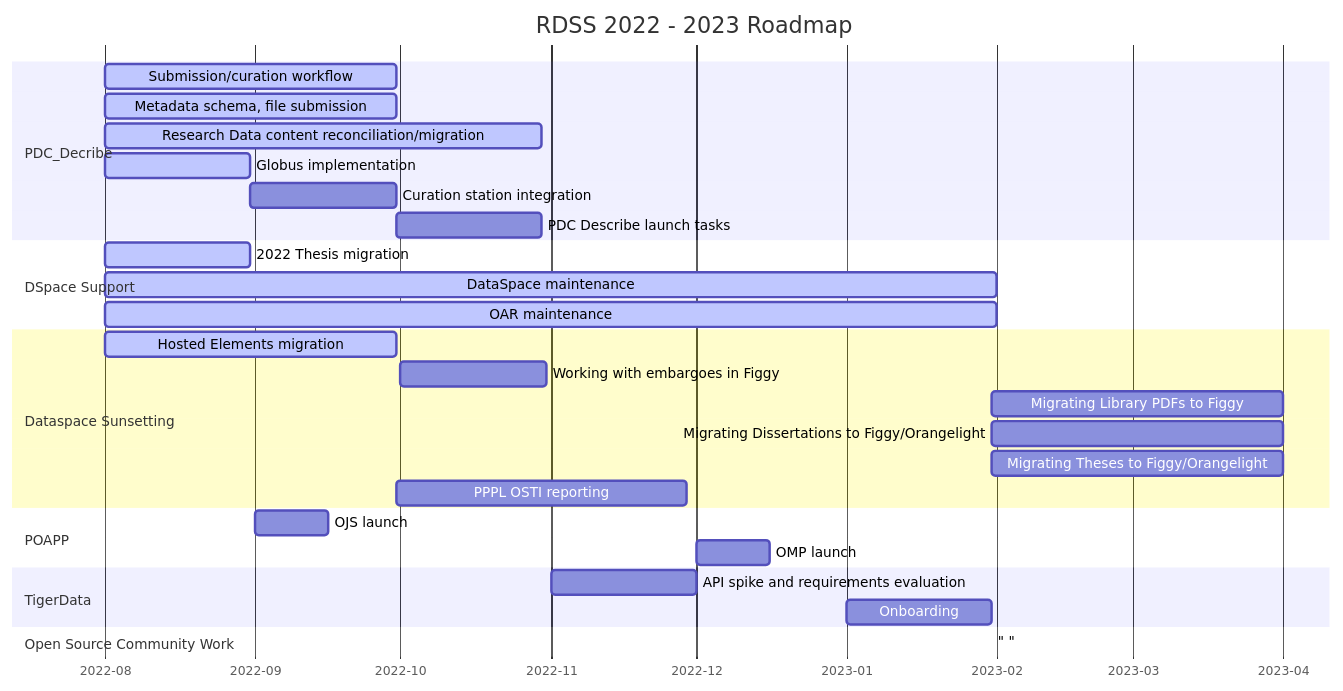
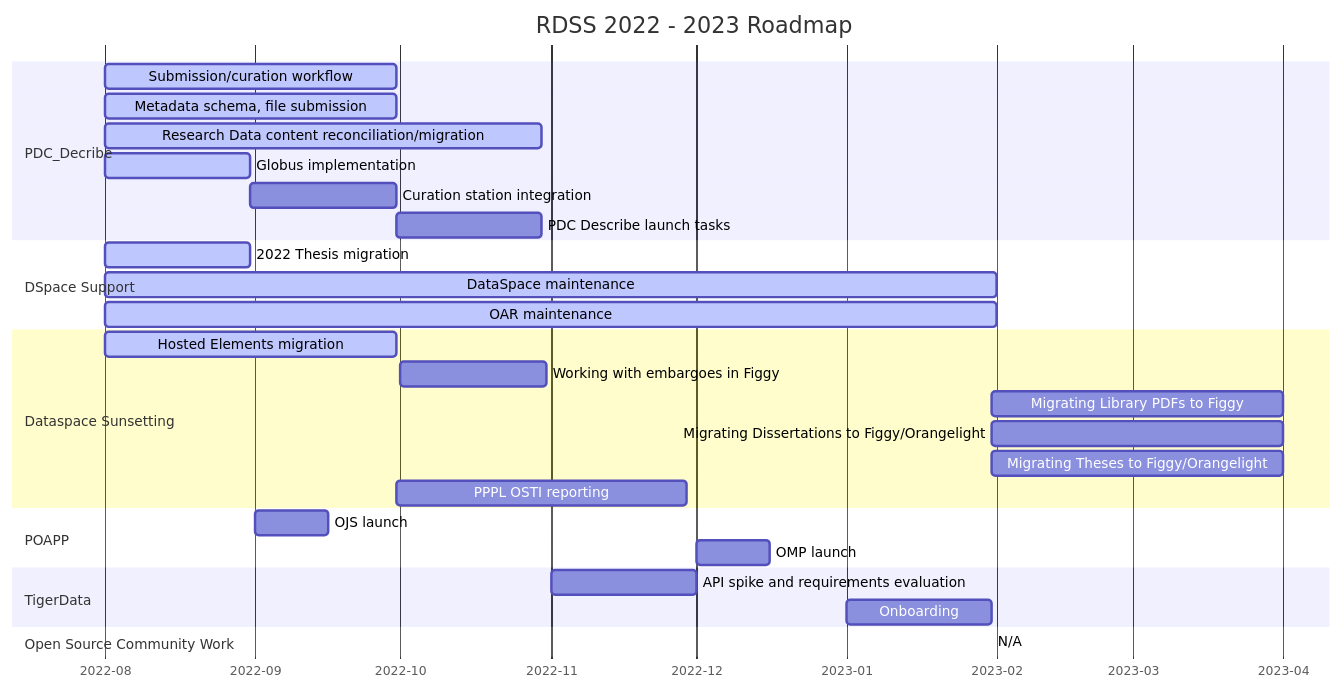
One commit to pulibrary/rdss-handbook changed the first of 4 diagrams in roadmap.md. Above: the diagram before and after it, drawn with Mermaid.

Commit message:
Update roadmap.md
Fixed roadmap formatting

````diff
--- a/roadmap.md
+++ b/roadmap.md
@@ -5,32 +5,32 @@
 ```mermaid
 gantt
     title RDSS 2022 - 2023 Roadmap
     axisFormat  %Y-%m
     dateformat YYYY-MM
     section PDC_Decribe
-    Submission/curation workflow           :active, pd1, 2022-08, 60d
+    Submission/curation workflow :active, pd1, 2022-08, 60d
     Metadata schema, file submission :active, pd2, 2022-08, 60d
     Research Data content reconciliation/migration :active, pd3, 2022-08, 90d
-    Globus implementation     :active, pd4, 2022-08, 30d
+    Globus implementation :active, pd4, 2022-08, 30d
     Curation station integration: pd5, after pd4, 30d
     PDC Describe launch tasks: pd6, after pd5, 30d
     section DSpace Support
     2022 Thesis migration :active, dsp1, 2022-08, 30d
     DataSpace maintenance :active, dsp2, 2022-08, 2023-02
     OAR maintenance :active, dsp2, 2022-08, 2023-02
     section Dataspace Sunsetting
     Hosted Elements migration :active, ds1, 2022-08, 60d
     Working with embargoes in Figgy: ds2, 2022-10, 30d
     Migrating Library PDFs to Figgy: ds4, after td2, 60d
     Migrating Dissertations to Figgy/Orangelight: ds5, after td2, 60d
     Migrating Theses to Figgy/Orangelight: ds6, after td2, 60d
     PPPL OSTI reporting: ds3, after pd5,60d
     section POAPP
     OJS launch: po1, 2022-09, 15d
     OMP launch: po2, 2022-12, 15d
     section TigerData
     API spike and requirements evaluation: td1, 2022-11, 30d
     Onboarding: td2, 2023-01, 30d
     section Open Source Community Work
-    " ": os1
+    N/A: os1
 ```
````
